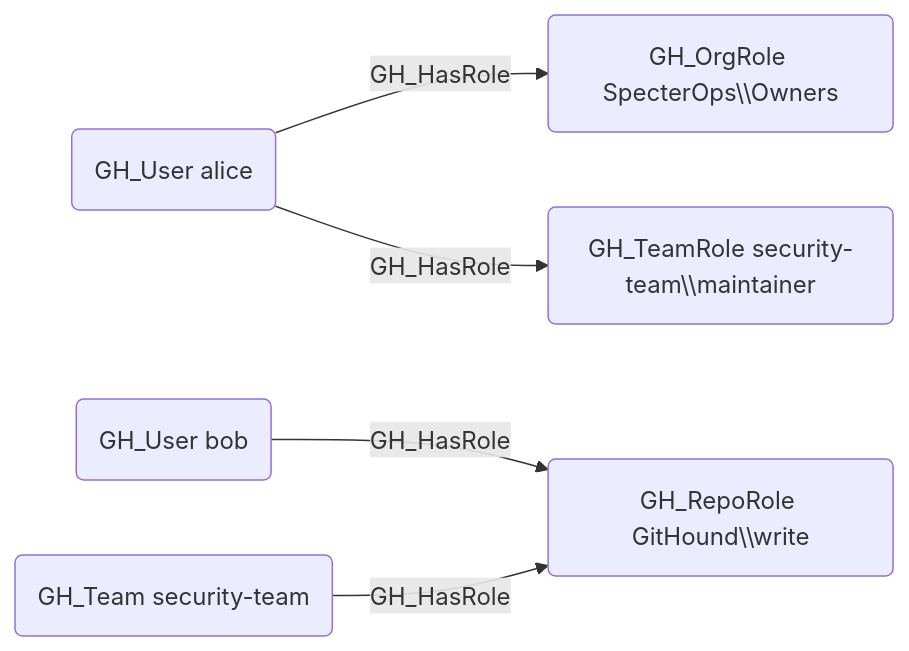
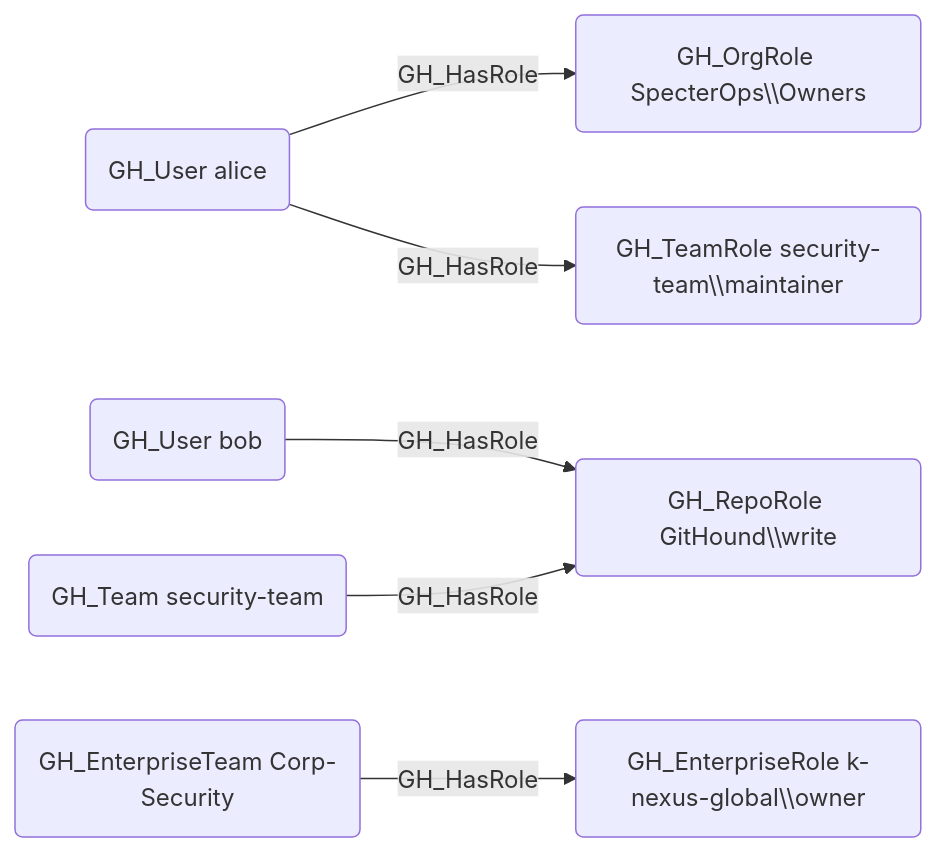
One commit to SpecterOps/GitHound changed the diagram in Documentation/EdgeDescriptions/GH_HasRole.md. Above: the diagram before and after it, drawn with Mermaid. The commit also changed other lines of this file and 6 other files, not shown here.

````diff
--- a/Documentation/EdgeDescriptions/GH_HasRole.md
+++ b/Documentation/EdgeDescriptions/GH_HasRole.md
@@ -12,13 +12,16 @@
 ```mermaid
 graph LR
     user1("GH_User alice")
     user2("GH_User bob")
     team1("GH_Team security-team")
+    entTeam("GH_EnterpriseTeam Corp-Security")
     orgRole("GH_OrgRole SpecterOps\\Owners")
     repoRole("GH_RepoRole GitHound\\write")
     teamRole("GH_TeamRole security-team\\maintainer")
+    entRole("GH_EnterpriseRole k-nexus-global\\owner")
     user1 -- GH_HasRole --> orgRole
     user2 -- GH_HasRole --> repoRole
     team1 -- GH_HasRole --> repoRole
     user1 -- GH_HasRole --> teamRole
+    entTeam -- GH_HasRole --> entRole
 ```
````
